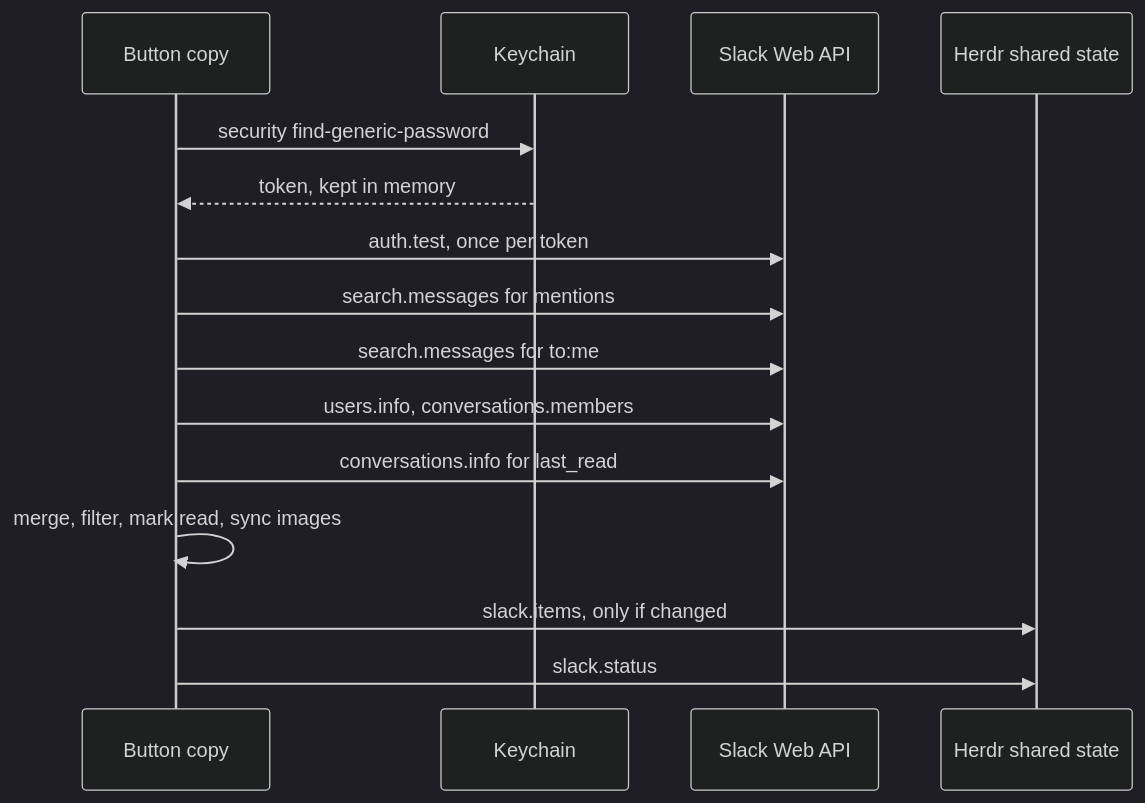
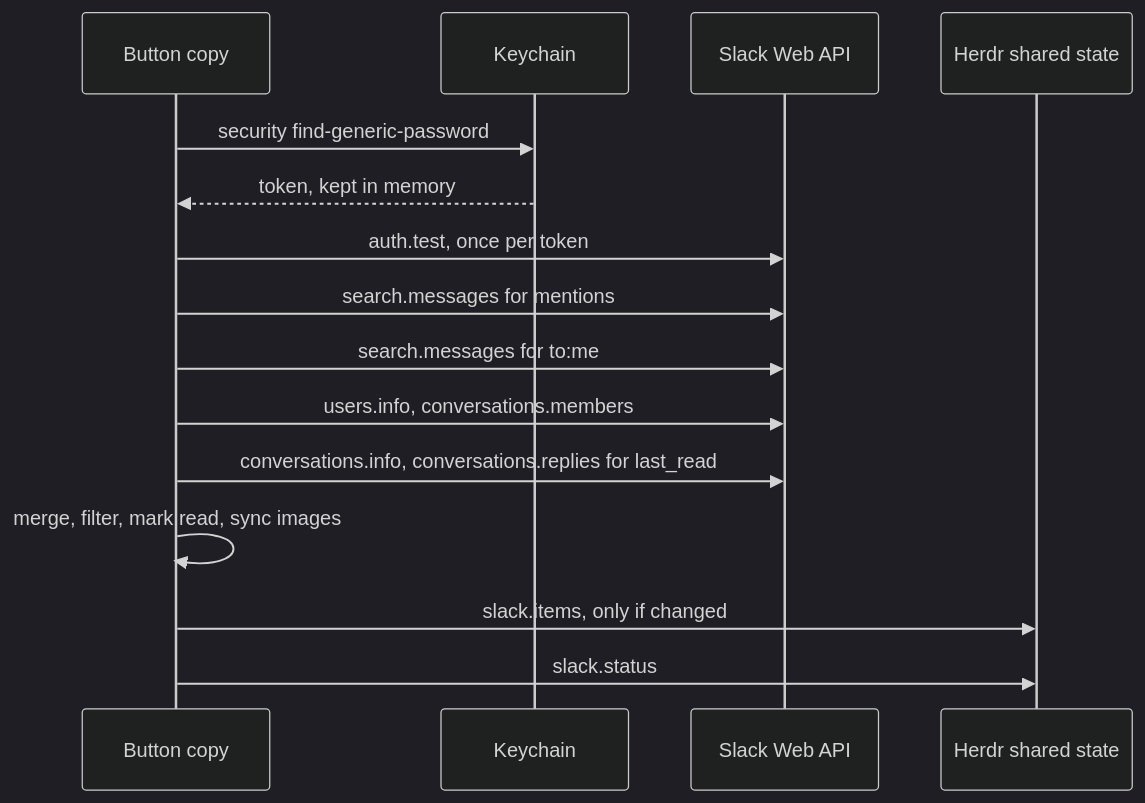
One commit to Captain-Sangam/herdr-slack changed the second of 5 diagrams in docs/architecture.md. Above: the diagram before and after it, drawn with Mermaid (dark theme). The commit also changed other lines of this file and 10 other files, not shown here.

````diff
--- a/docs/architecture.md
+++ b/docs/architecture.md
@@ -60,17 +60,17 @@
 ```mermaid
 sequenceDiagram
   participant B as Button copy
   participant K as Keychain
   participant S as Slack Web API
   participant SH as Herdr shared state
   B->>K: security find-generic-password
   K-->>B: token, kept in memory
   B->>S: auth.test, once per token
   B->>S: search.messages for mentions
   B->>S: search.messages for to:me
   B->>S: users.info, conversations.members
-  B->>S: conversations.info for last_read
+  B->>S: conversations.info, conversations.replies for last_read
   B->>B: merge, filter, mark read, sync images
   B->>SH: slack.items, only if changed
   B->>SH: slack.status
 ```
````
